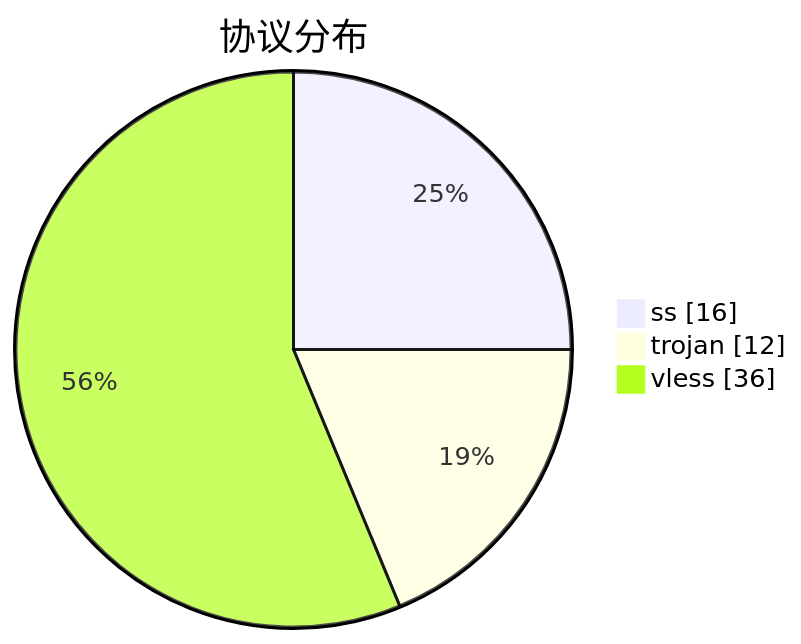
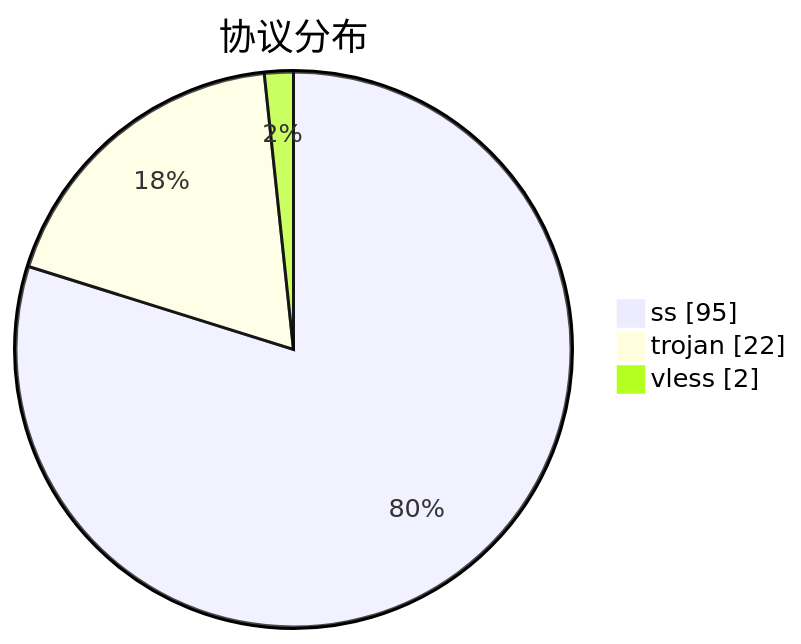
The third of 3 diagrams in subs/statistics/tested_within.md (qjlxg/airport), drawn with Mermaid before and after one commit. The commit also changed other lines of this file and 2 other files, not shown here.

````diff
--- a/subs/statistics/tested_within.md
+++ b/subs/statistics/tested_within.md
@@ -25,7 +33,7 @@
 ```mermaid
 pie showData
 title 协议分布
-"ss" : 16
-"trojan" : 12
-"vless" : 36
+"ss" : 95
+"trojan" : 22
+"vless" : 2
 ```
````
